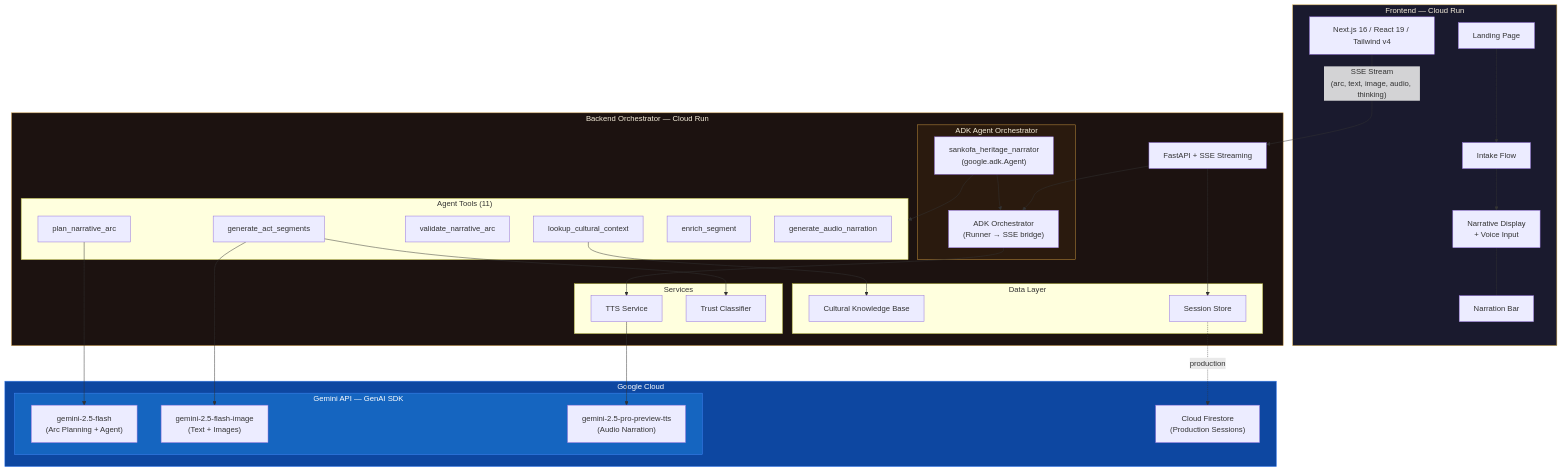
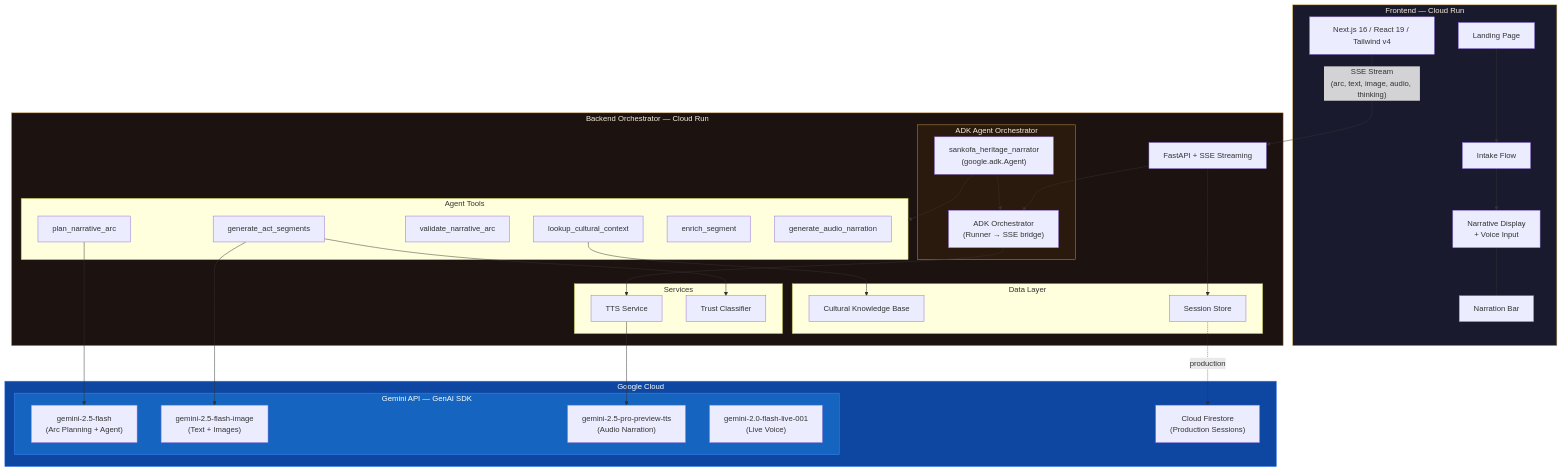
The diagram in README.md (Jeremiah-Sakuda/Sankofa), drawn with Mermaid before and after one commit. The commit also changed other lines of this file and 7 other files, not shown here.

First line of the commit message:
feat: streamline UX — remove griot chooser, fix audio sync, add pause support, fix live agent

````diff
--- a/README.md
+++ b/README.md
@@ -48,67 +46,68 @@
 ```mermaid
 flowchart TB
     subgraph Frontend["Frontend — Cloud Run"]
         FE["Next.js 16 / React 19 / Tailwind v4"]
         LP["Landing Page"]
         IF["Intake Flow"]
         ND["Narrative Display\n+ Voice Input"]
         NB["Narration Bar"]
         LP --> IF --> ND
         ND --- NB
     end
 
     subgraph Backend["Backend Orchestrator — Cloud Run"]
         FA["FastAPI + SSE Streaming"]
 
         subgraph ADK["ADK Agent Orchestrator"]
             AG["sankofa_heritage_narrator\n(google.adk.Agent)"]
             OR["ADK Orchestrator\n(Runner → SSE bridge)"]
             AG --> OR
         end
 
-        subgraph Tools["Agent Tools (11)"]
+        subgraph Tools["Agent Tools"]
             T1["lookup_cultural_context"]
             T2["plan_narrative_arc"]
             T3["validate_narrative_arc"]
             T4["generate_act_segments"]
             T5["enrich_segment"]
             T6["generate_audio_narration"]
         end
 
         subgraph Services["Services"]
             TTS["TTS Service"]
             TC["Trust Classifier"]
         end
 
         subgraph Data["Data Layer"]
             KB["Cultural Knowledge Base"]
             SS["Session Store"]
         end
     end
 
     subgraph GCP["Google Cloud"]
         subgraph Gemini["Gemini API — GenAI SDK"]
             GM1["gemini-2.5-flash\n(Arc Planning + Agent)"]
             GM2["gemini-2.5-flash-image\n(Text + Images)"]
             GM3["gemini-2.5-pro-preview-tts\n(Audio Narration)"]
+            GM4["gemini-2.0-flash-live-001\n(Live Voice)"]
         end
         FS["Cloud Firestore\n(Production Sessions)"]
     end
 
     FE -- "SSE Stream\n(arc, text, image, audio, thinking)" --> FA
     FA --> OR
     AG --> Tools
     T1 --> KB
     T2 --> GM1
     T4 --> GM2
     OR --> TTS --> GM3
     T4 --> TC
     FA --> SS
     SS -. "production" .-> FS
 
     style Frontend fill:#1a1a2e,color:#f5edda,stroke:#d4a843
     style Backend fill:#1c1210,color:#f5edda,stroke:#c8963e
     style GCP fill:#0d47a1,color:#fff,stroke:#4285f4
     style Gemini fill:#1565c0,color:#fff,stroke:#4285f4
     style ADK fill:#2a1a0e,color:#f5edda,stroke:#c8963e
 ```
````
